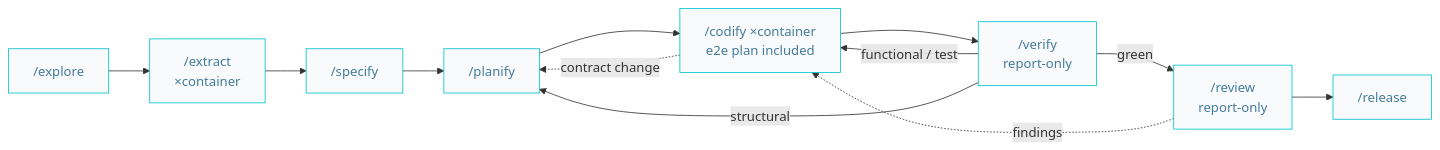
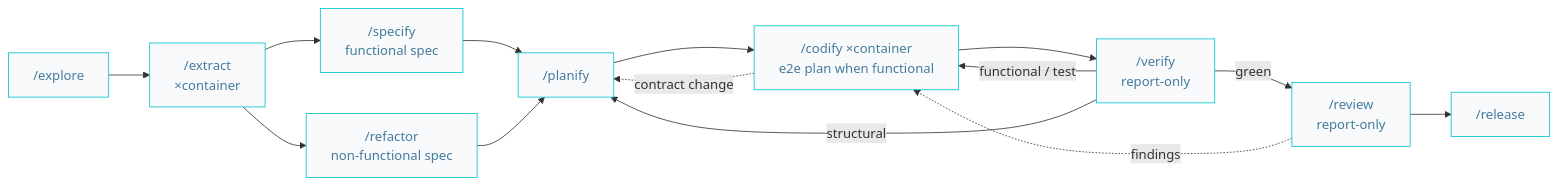
One commit to AIDDbot/AIDDbot changed the third of 10 diagrams in docs/AIDD.workflow.md. Above: the diagram before and after it, drawn with Mermaid. The commit also changed other lines of this file and 1 other file, not shown here.

First line of the commit message:
docs: recast the pipeline diagrams on two doors converging at planify

````diff
--- a/docs/AIDD.workflow.md
+++ b/docs/AIDD.workflow.md
@@ -61,17 +63,19 @@
 ```mermaid
 flowchart LR
   classDef nd fill:#f8fafc,stroke:#00c4cc,color:#457b9d
 
   EXP["/explore"]:::nd --> EXT["/extract<br/>×container"]:::nd
-  EXT --> SPC["/specify"]:::nd
+  EXT --> SPC["/specify<br/>functional spec"]:::nd
+  EXT --> REF["/refactor<br/>non-functional spec"]:::nd
   SPC --> PLN["/planify"]:::nd
-  PLN --> COD["/codify ×container<br/>e2e plan included"]:::nd
+  REF --> PLN
+  PLN --> COD["/codify ×container<br/>e2e plan when functional"]:::nd
   COD --> VER["/verify<br/>report-only"]:::nd
   VER -->|green| REV["/review<br/>report-only"]:::nd
   REV --> REL["/release"]:::nd
 
   VER -->|functional / test| COD
   VER -->|structural| PLN
   REV -.findings.-> COD
   COD -.contract change.-> PLN
 ```
````
